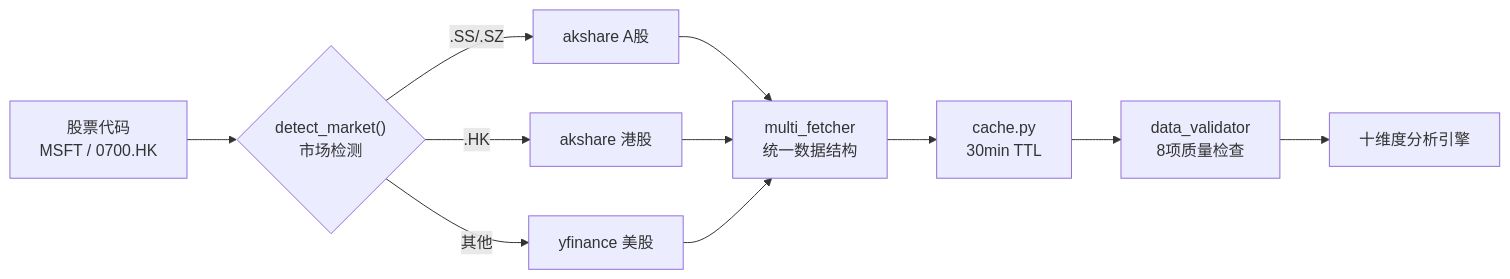
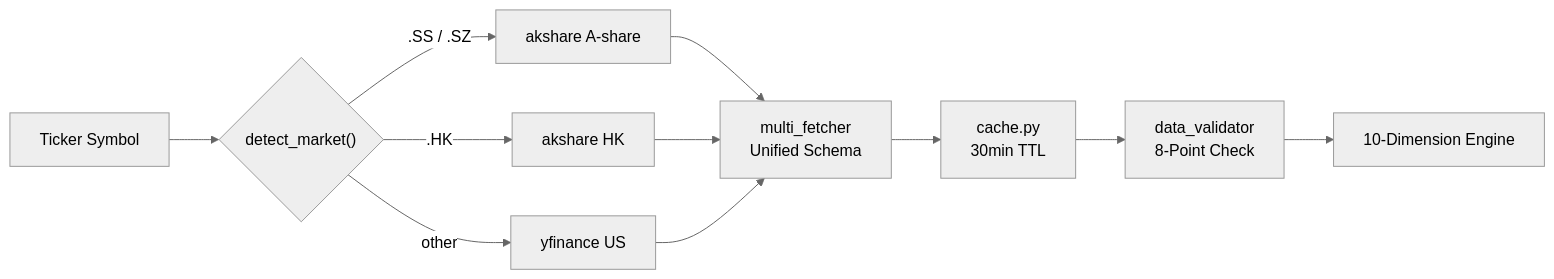
Before and after one commit to Guojc-source/Stock_Monitor: the fourth of 4 diagrams in README.md, drawn with Mermaid. The commit also changed other lines of this file and 7 other files, not shown here.

Commit message:
style: neutral theme for mermaid diagrams, simplify architecture flowchart

````diff
--- a/README.md
+++ b/README.md
@@ -206,15 +164,16 @@
 ```mermaid
+%%{init: {'theme':'neutral'}}%%
 flowchart LR
-    SYM["股票代码<br/>MSFT / 0700.HK"] --> DETECT{"detect_market()<br/>市场检测"}
-    DETECT --> |".SS/.SZ"| AK_CN["akshare A股"]
-    DETECT --> |".HK"| AK_HK["akshare 港股"]
-    DETECT --> |"其他"| YF_US["yfinance 美股"]
+    SYM["Ticker Symbol"] --> DETECT{"detect_market()"}
+    DETECT --> |".SS / .SZ"| AK_CN["akshare A-share"]
+    DETECT --> |".HK"| AK_HK["akshare HK"]
+    DETECT --> |"other"| YF_US["yfinance US"]
 
-    AK_CN --> MERGE["multi_fetcher<br/>统一数据结构"]
+    AK_CN --> MERGE["multi_fetcher\nUnified Schema"]
     AK_HK --> MERGE
     YF_US --> MERGE
 
-    MERGE --> CACHE["cache.py<br/>30min TTL"]
-    CACHE --> VALIDATE["data_validator<br/>8项质量检查"]
-    VALIDATE --> ANALYZE["十维度分析引擎"]
+    MERGE --> CACHE["cache.py\n30min TTL"]
+    CACHE --> VALIDATE["data_validator\n8-Point Check"]
+    VALIDATE --> ANALYZE["10-Dimension Engine"]
 ```
````
